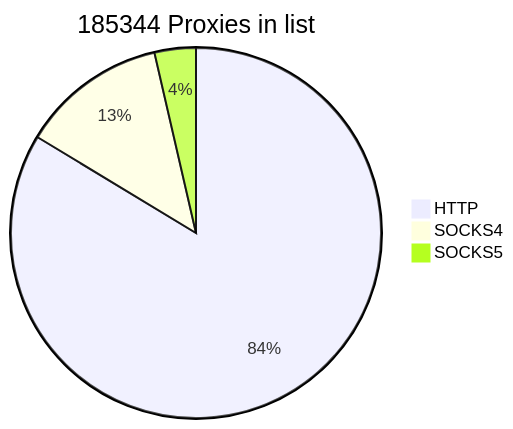
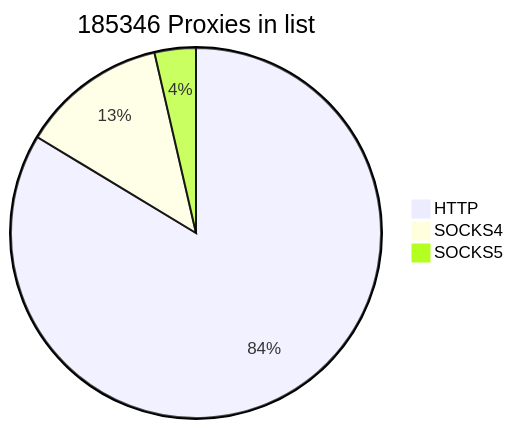
The first of 2 diagrams in README.md (cutipu/proxylist), drawn with Mermaid before and after one commit. The commit also changed other lines of this file, not shown here.

````diff
--- a/README.md
+++ b/README.md
@@ -2,7 +2,7 @@
 ```mermaid
-pie title 185344 Proxies in list
+pie title 185346 Proxies in list
     "HTTP" : 155053
-    "SOCKS4" : 23608
-    "SOCKS5" : 6683
+    "SOCKS4" : 23609
+    "SOCKS5" : 6684
             
 ```
````
